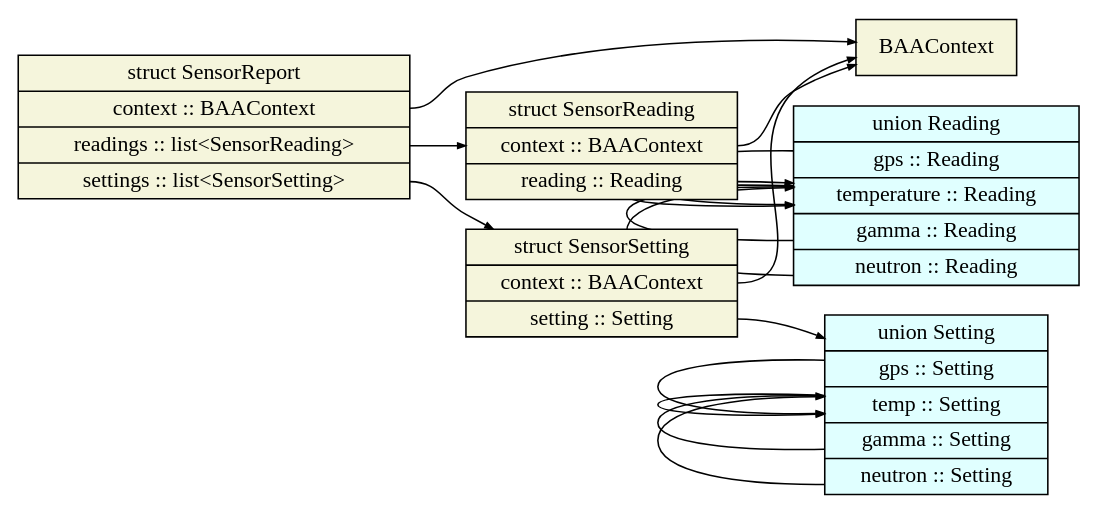
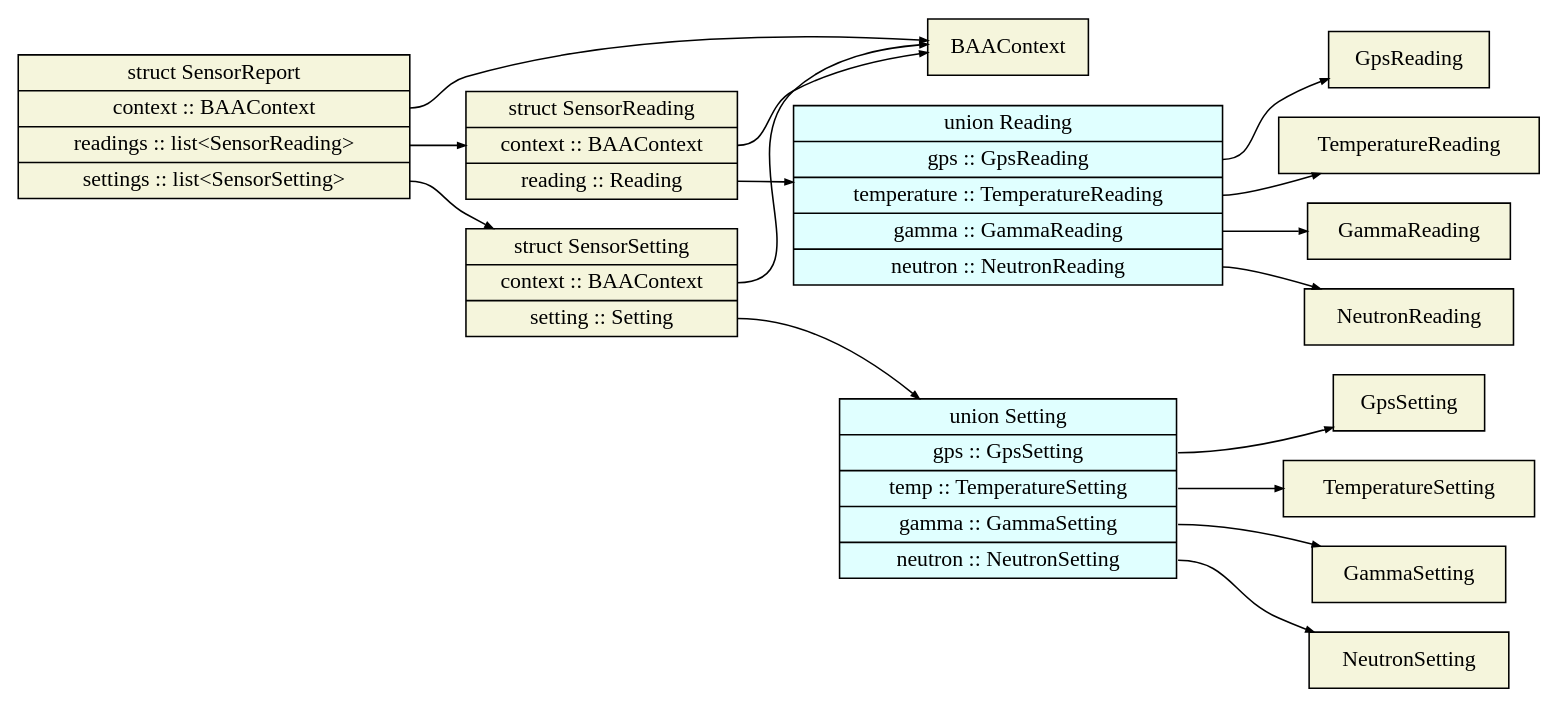
Before and after one commit to jkwong80/baa_messages: the diagram in docs/thrift/sensor.gv, drawn with Graphviz. The commit also changed 38 other files, not shown here.

```diff
--- a/docs/thrift/sensor.gv
+++ b/docs/thrift/sensor.gv
@@ -1,30 +1,30 @@
 digraph "sensor" {
 node [style=filled, shape=record];
 edge [arrowsize=0.5];
 rankdir=LR
 node [fillcolor=lightcyan];
-Reading [label="union Reading|<field_gps>gps :: Reading|<field_temperature>temperature :: Reading|<field_gamma>gamma :: Reading|<field_neutron>neutron :: Reading"];
+Reading [label="union Reading|<field_gps>gps :: GpsReading|<field_temperature>temperature :: TemperatureReading|<field_gamma>gamma :: GammaReading|<field_neutron>neutron :: NeutronReading"];
 node [fillcolor=beige];
 SensorReading [label="struct SensorReading|<field_context>context :: BAAContext|<field_reading>reading :: Reading"];
 node [fillcolor=lightcyan];
-Setting [label="union Setting|<field_gps>gps :: Setting|<field_temp>temp :: Setting|<field_gamma>gamma :: Setting|<field_neutron>neutron :: Setting"];
+Setting [label="union Setting|<field_gps>gps :: GpsSetting|<field_temp>temp :: TemperatureSetting|<field_gamma>gamma :: GammaSetting|<field_neutron>neutron :: NeutronSetting"];
 node [fillcolor=beige];
 SensorSetting [label="struct SensorSetting|<field_context>context :: BAAContext|<field_setting>setting :: Setting"];
 node [fillcolor=beige];
 SensorReport [label="struct SensorReport|<field_context>context :: BAAContext|<field_readings>readings :: list\<SensorReading\>|<field_settings>settings :: list\<SensorSetting\>"];
-Reading:field_gps -> Reading
-Reading:field_temperature -> Reading
-Reading:field_gamma -> Reading
-Reading:field_neutron -> Reading
+Reading:field_gps -> GpsReading
+Reading:field_temperature -> TemperatureReading
+Reading:field_gamma -> GammaReading
+Reading:field_neutron -> NeutronReading
 SensorReading:field_context -> BAAContext
 SensorReading:field_reading -> Reading
-Setting:field_gps -> Setting
-Setting:field_temp -> Setting
-Setting:field_gamma -> Setting
-Setting:field_neutron -> Setting
+Setting:field_gps -> GpsSetting
+Setting:field_temp -> TemperatureSetting
+Setting:field_gamma -> GammaSetting
+Setting:field_neutron -> NeutronSetting
 SensorSetting:field_context -> BAAContext
 SensorSetting:field_setting -> Setting
 SensorReport:field_context -> BAAContext
 SensorReport:field_readings -> SensorReading
 SensorReport:field_settings -> SensorSetting
 }
```
